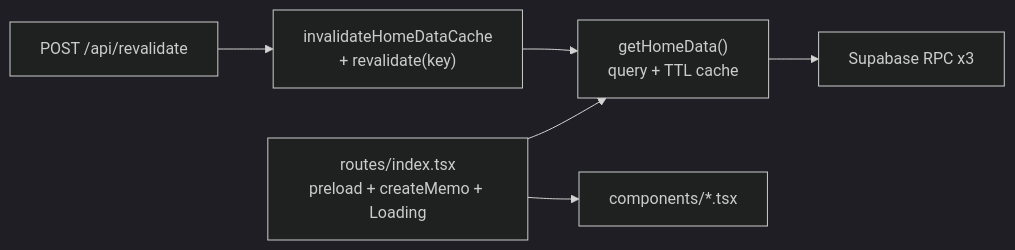
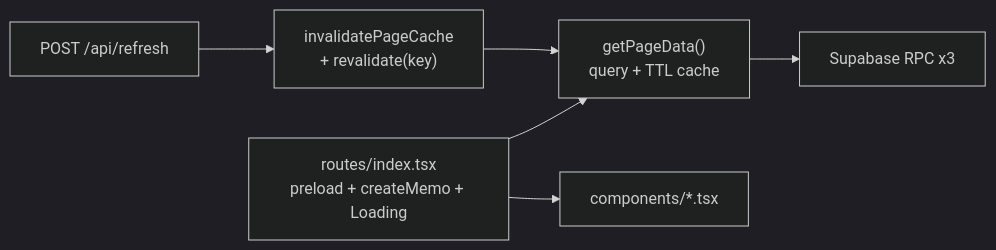
One commit to omegamaster86/Zenn.dev changed the diagram in articles/solidstart-migration-guide.md. Above: the diagram before and after it, drawn with Mermaid (dark theme). The commit also changed other lines of this file, not shown here.

````diff
--- a/articles/solidstart-migration-guide.md
+++ b/articles/solidstart-migration-guide.md
@@ -531,8 +515,8 @@
 ```mermaid
 flowchart LR
-  route["routes/index.tsx\npreload + createMemo + Loading"] --> query["getHomeData()\nquery + TTL cache"]
+  route["routes/index.tsx\npreload + createMemo + Loading"] --> query["getPageData()\nquery + TTL cache"]
   query --> supabase["Supabase RPC x3"]
-  api["POST /api/revalidate"] --> invalidate["invalidateHomeDataCache\n+ revalidate(key)"]
+  api["POST /api/refresh"] --> invalidate["invalidatePageCache\n+ revalidate(key)"]
   invalidate --> query
   route --> components["components/*.tsx"]
 ```
````
